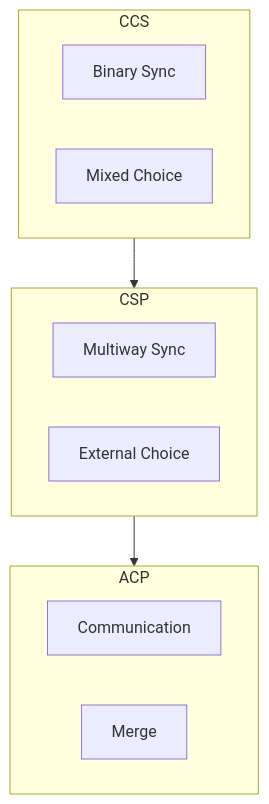
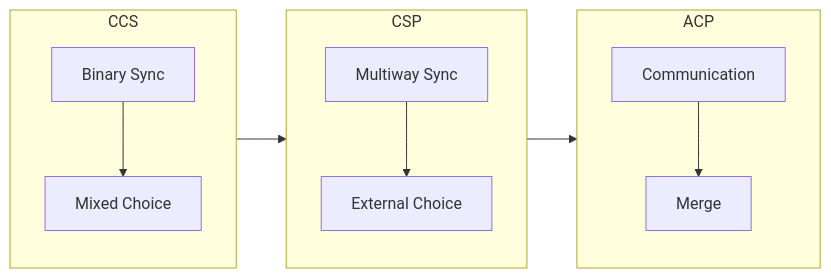
One commit to yshaaban/pa changed the fifth of 9 diagrams in process-algebra-verifier/docs/theory.md. Above: the diagram before and after it, drawn with Mermaid. The commit also changed other lines of this file, not shown here.

First line of the commit message:
fix: further improve theory.md mermaid diagrams

````diff
--- a/process-algebra-verifier/docs/theory.md
+++ b/process-algebra-verifier/docs/theory.md
@@ -115,20 +124,25 @@
 ```mermaid
-graph TB
-    subgraph CCS
+graph LR
+    subgraph CCS[CCS]
+        direction TB
         CCS_Sync[Binary Sync]
         CCS_Choice[Mixed Choice]
+        CCS_Sync --> CCS_Choice
     end
 
-    subgraph CSP
+    subgraph CSP[CSP]
+        direction TB
         CSP_Multi[Multiway Sync]
         CSP_Choice[External Choice]
+        CSP_Multi --> CSP_Choice
     end
 
-    subgraph ACP
+    subgraph ACP[ACP]
+        direction TB
         ACP_Comm[Communication]
         ACP_Merge[Merge]
+        ACP_Comm --> ACP_Merge
     end
 
-    CCS --> CSP
-    CSP --> ACP
+    CCS --> CSP --> ACP
 ```
````
